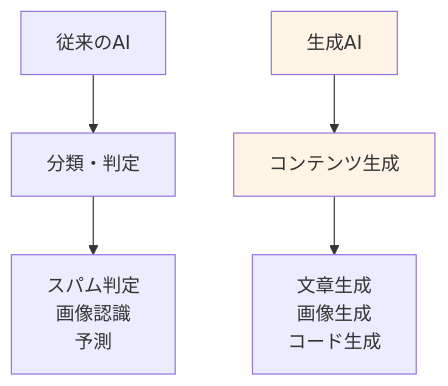
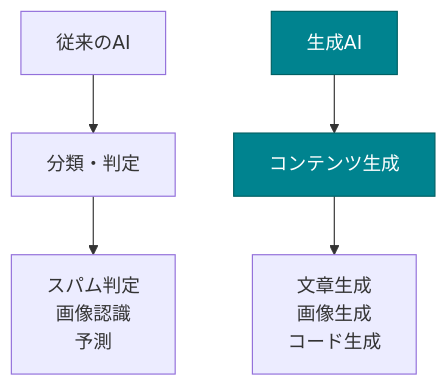
Before and after one commit to cyber-freaks-jp/AI_Driven_Development_Course: the diagram in book/pages/生成AIとは.md, drawn with Mermaid.

Commit message:
背景色

````diff
--- a/book/pages/生成AIとは.md
+++ b/book/pages/生成AIとは.md
@@ -20,11 +20,11 @@
 ```mermaid
 graph TD
     A[従来のAI] --> B[分類・判定]
     C[生成AI] --> D[コンテンツ生成]
 
     B --> E[スパム判定<br/>画像認識<br/>予測]
     D --> F[文章生成<br/>画像生成<br/>コード生成]
 
-    style C fill:#FFF4E6
-    style D fill:#FFF4E6
+    style C fill:#00838F,color:#FFFFFF,stroke:#006064
+    style D fill:#00838F,color:#FFFFFF,stroke:#006064
 ```
````
